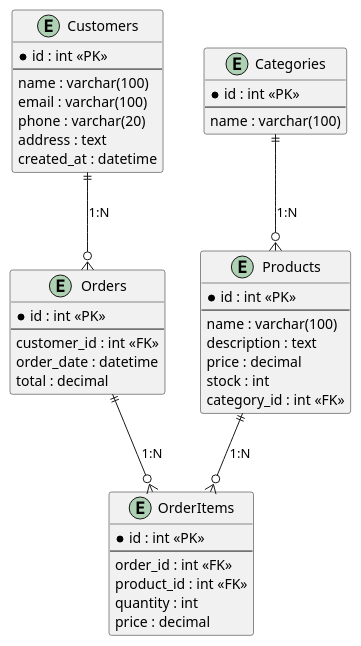
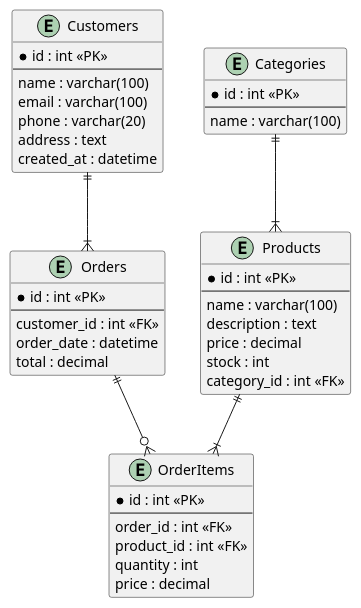
One commit to StenSOn27/lab1_kpi changed the diagram in Declarative-description/declarative.puml. Above: the diagram before and after it, drawn with PlantUML. The commit also changed 4 other files, not shown here.

```diff
--- a/Declarative-description/declarative.puml
+++ b/Declarative-description/declarative.puml
@@ -1,51 +1,51 @@
-@startuml
+@startuml lab1
 
 entity "Customers" as Customers {
   *id : int <<PK>>
   --
   name : varchar(100)
   email : varchar(100)
   phone : varchar(20)
   address : text
   created_at : datetime
 }
 
 entity "Categories" as Categories {
   *id : int <<PK>>
   --
   name : varchar(100)
 }
 
 entity "Products" as Products {
   *id : int <<PK>>
   --
   name : varchar(100)
   description : text
   price : decimal
   stock : int
   category_id : int <<FK>>
 }
 
 entity "Orders" as Orders {
   *id : int <<PK>>
   --
   customer_id : int <<FK>>
   order_date : datetime
   total : decimal
 }
 
 entity "OrderItems" as OrderItems {
   *id : int <<PK>>
   --
   order_id : int <<FK>>
   product_id : int <<FK>>
   quantity : int
   price : decimal
 }
 
-Customers ||--o{ Orders : "1:N"
-Categories ||--o{ Products : "1:N"
-Orders ||--o{ OrderItems : "1:N"
-Products ||--o{ OrderItems : "1:N"
+Customers ||--|{ Orders
+Categories ||--|{ Products
+Orders ||--o{ OrderItems
+Products ||--|{ OrderItems
 
 @enduml
```
